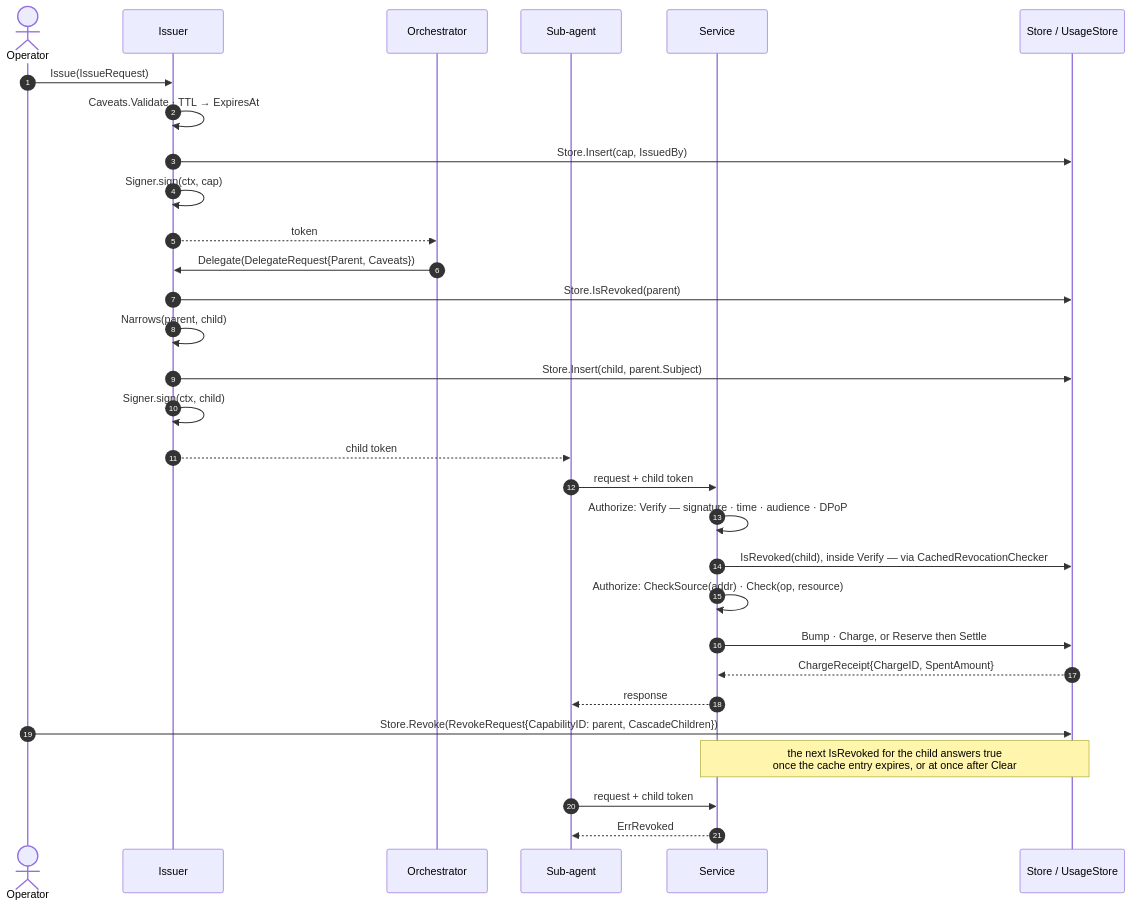
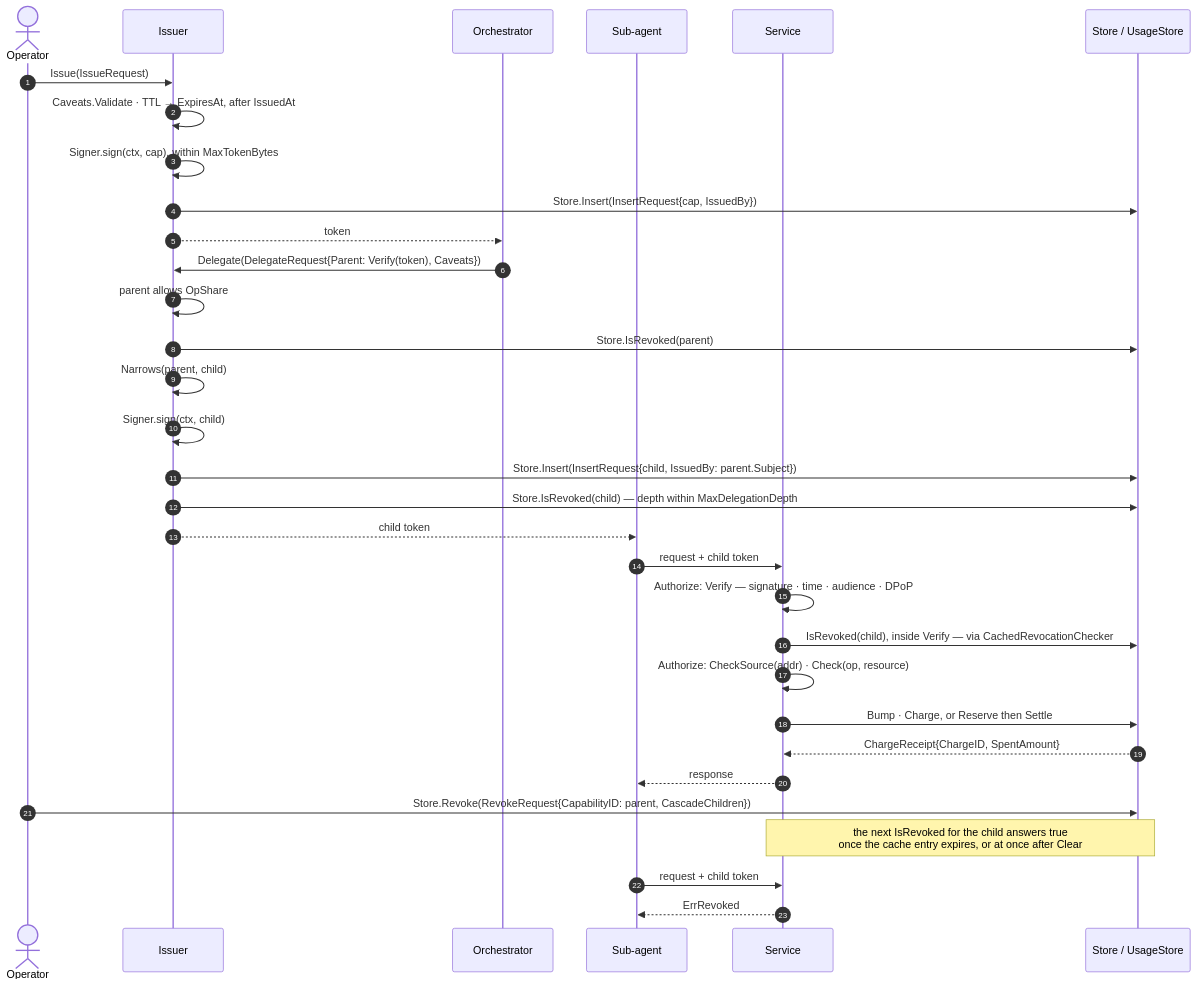
The second of 11 diagrams in docs/diagrams.md (oleg-tkachuk/limes), drawn with Mermaid before and after one commit. The commit also changed other lines of this file and 1 other file, not shown here.

First line of the commit message:
docs(diagrams): redraw the flows as the code runs them

````diff
--- a/docs/diagrams.md
+++ b/docs/diagrams.md
@@ -114,36 +114,38 @@
 ```mermaid
 sequenceDiagram
     autonumber
     actor Op as Operator
     participant I as Issuer
     participant O as Orchestrator
     participant W as Sub-agent
     participant S as Service
     participant St as Store / UsageStore
 
     Op->>I: Issue(IssueRequest)
-    I->>I: Caveats.Validate · TTL → ExpiresAt
-    I->>St: Store.Insert(cap, IssuedBy)
-    I->>I: Signer.sign(ctx, cap)
+    I->>I: Caveats.Validate · TTL → ExpiresAt, after IssuedAt
+    I->>I: Signer.sign(ctx, cap), within MaxTokenBytes
+    I->>St: Store.Insert(InsertRequest{cap, IssuedBy})
     I-->>O: token
 
-    O->>I: Delegate(DelegateRequest{Parent, Caveats})
+    O->>I: Delegate(DelegateRequest{Parent: Verify(token), Caveats})
+    I->>I: parent allows OpShare
     I->>St: Store.IsRevoked(parent)
     I->>I: Narrows(parent, child)
-    I->>St: Store.Insert(child, parent.Subject)
     I->>I: Signer.sign(ctx, child)
+    I->>St: Store.Insert(InsertRequest{child, IssuedBy: parent.Subject})
+    I->>St: Store.IsRevoked(child) — depth within MaxDelegationDepth
     I-->>W: child token
 
     W->>S: request + child token
     S->>S: Authorize: Verify — signature · time · audience · DPoP
     S->>St: IsRevoked(child), inside Verify — via CachedRevocationChecker
     S->>S: Authorize: CheckSource(addr) · Check(op, resource)
     S->>St: Bump · Charge, or Reserve then Settle
     St-->>S: ChargeReceipt{ChargeID, SpentAmount}
     S-->>W: response
 
     Op->>St: Store.Revoke(RevokeRequest{CapabilityID: parent, CascadeChildren})
     Note over S,St: the next IsRevoked for the child answers true<br/>once the cache entry expires, or at once after Clear
     W->>S: request + child token
     S-->>W: ErrRevoked
 ```
````
